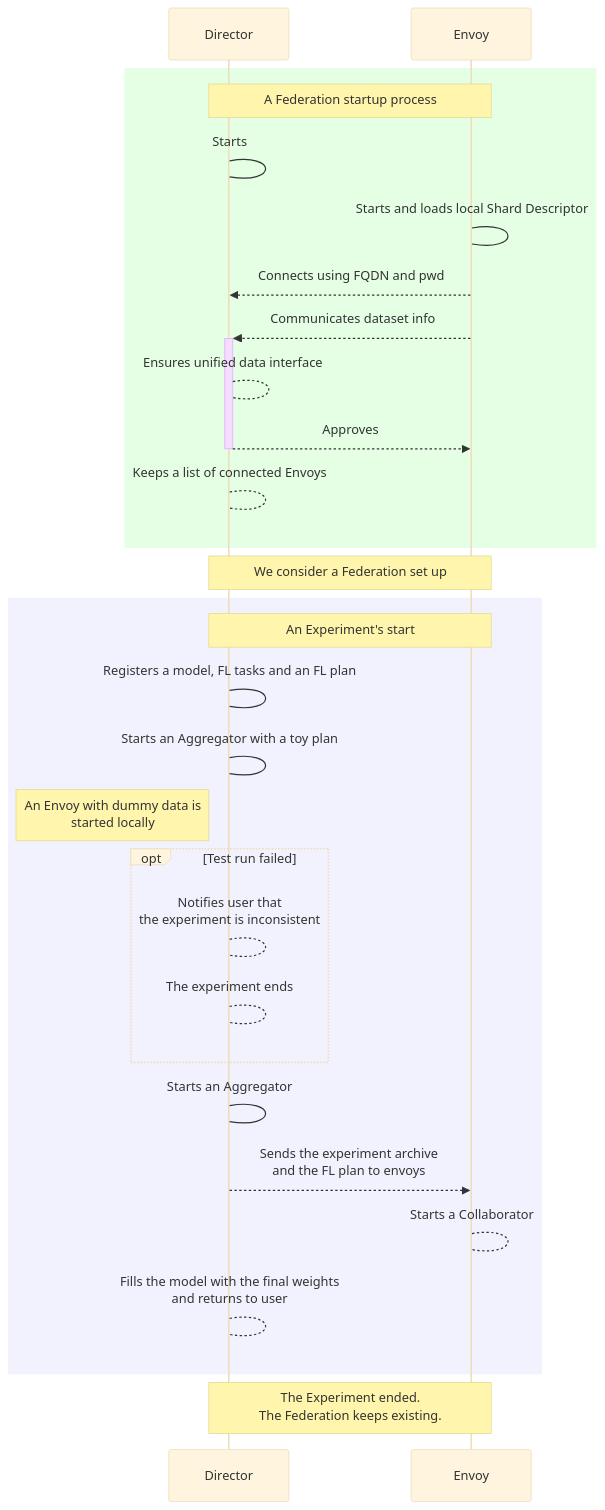
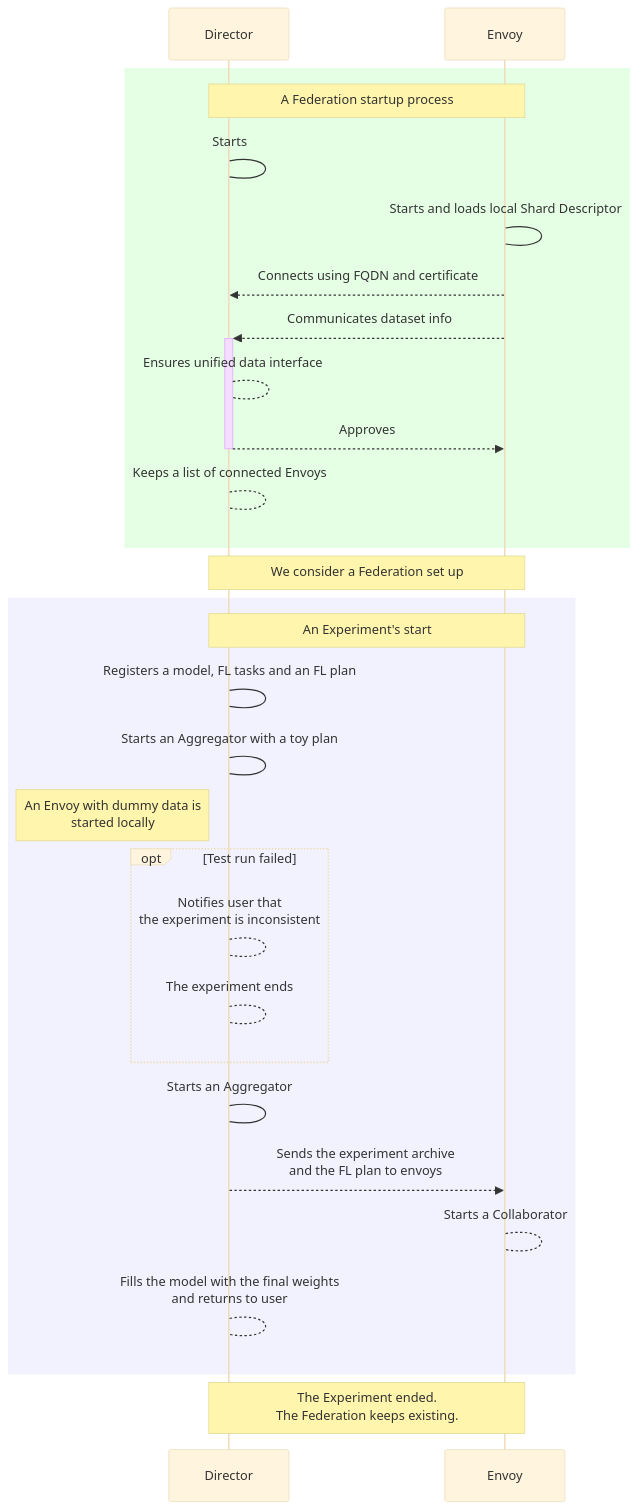
One commit to securefederatedai/openfl changed the diagram in docs/source/openfl/director_envoy.mmd. Above: the diagram before and after it, drawn with Mermaid (base theme). The commit also changed 2 other files, not shown here.

Commit message:
Readme for Structurizr + fixes for mermaid

```diff
--- a/docs/source/openfl/director_envoy.mmd
+++ b/docs/source/openfl/director_envoy.mmd
@@ -1,30 +1,30 @@
 sequenceDiagram
     participant D as Director
     participant E as Envoy
     rect rgb(0, 255, 0,.1)
         Note over D,E: A Federation startup process
         D->D: Starts
         E->E: Starts and loads local Shard Descriptor
-        E-->>D: Connects using FQDN and pwd
+        E-->>D: Connects using FQDN and certificate
         E-->>+D: Communicates dataset info
         D-->D: Ensures unified data interface
         D-->>-E: Approves
         D-->D: Keeps a list of connected Envoys
         
     end
     Note over D,E: We consider a Federation set up
     rect rgb(0, 0, 255,.05)
         Note over D,E: An Experiment's start
         D->D: Registers a model, FL tasks and an FL plan
         D->D:Starts an Aggregator with a toy plan
         Note left of D: An Envoy with dummy data is <br>started locally
         opt Test run failed
             D-->D: Notifies user that <br>the experiment is inconsistent
             D-->D: The experiment ends
         end
         D->D: Starts an Aggregator
         D-->>E: Sends the experiment archive <br>and the FL plan to envoys
         E-->E: Starts a Collaborator
         D-->D: Fills the model with the final weights <br>and returns to user
     end
     Note over D,E: The Experiment ended. <br> The Federation keeps existing.
```
